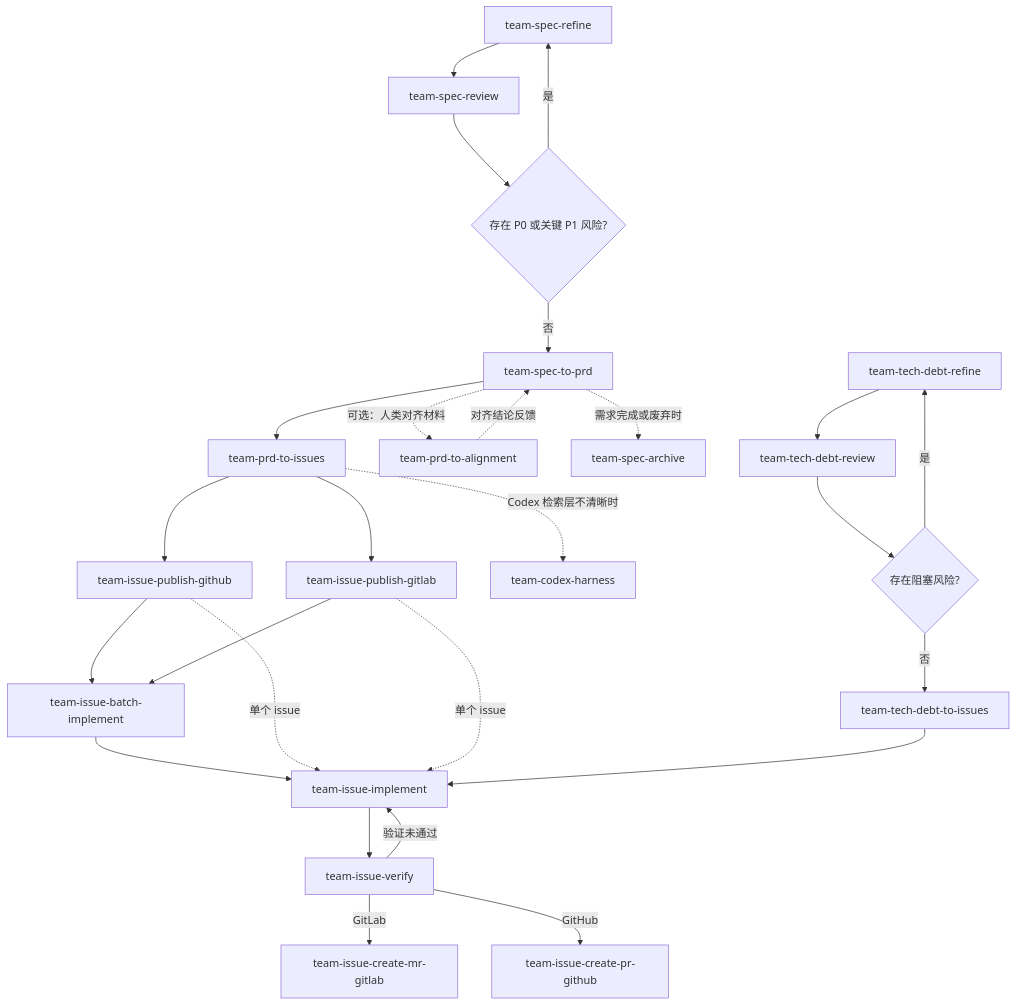
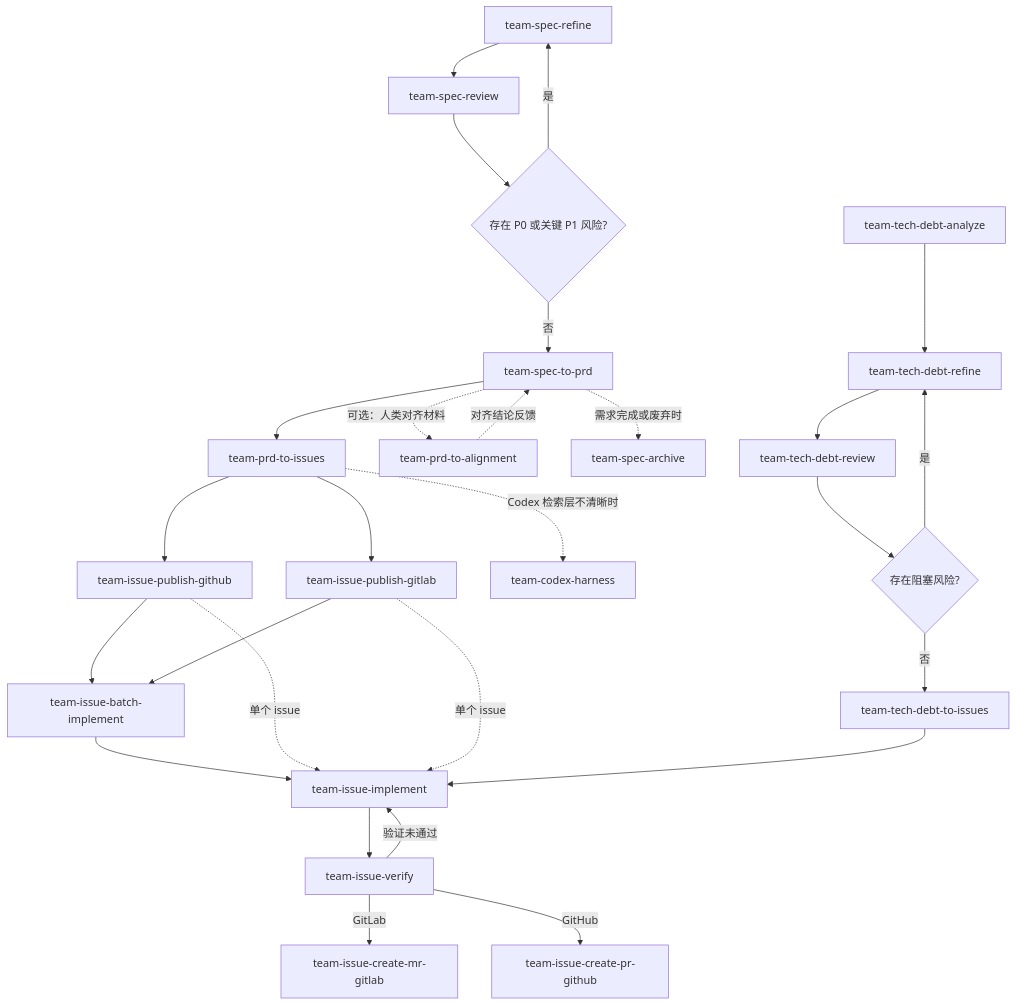
Before and after one commit to coolbeevip/team-ai-skills: the diagram in README.md, drawn with Mermaid. The commit also changed other lines of this file and 2 other files, not shown here.

Commit message:
Add team-tech-debt-analyze

````diff
--- a/README.md
+++ b/README.md
@@ -64,29 +65,30 @@
 ```mermaid
 flowchart TD
     A[team-spec-refine] --> B[team-spec-review]
     B --> C{存在 P0 或关键 P1 风险?}
     C -- 是 --> A
     C -- 否 --> D[team-spec-to-prd]
     D --> F[team-prd-to-issues]
     D -. 可选：人类对齐材料 .-> H[team-prd-to-alignment]
     H -. 对齐结论反馈 .-> D
     F --> N[team-issue-publish-github]
     F --> O[team-issue-publish-gitlab]
     F -. Codex 检索层不清晰时 .-> T[team-codex-harness]
     N --> U[team-issue-batch-implement]
     O --> U
     U --> G[team-issue-implement]
     N -. 单个 issue .-> G
     O -. 单个 issue .-> G
     G --> I[team-issue-verify]
     I -- 验证未通过 --> G
     I -- GitLab --> P[team-issue-create-mr-gitlab]
     I -- GitHub --> Q[team-issue-create-pr-github]
     D -. 需求完成或废弃时 .-> S[team-spec-archive]
 
+    R[team-tech-debt-analyze] --> J[team-tech-debt-refine]
     J[team-tech-debt-refine] --> K[team-tech-debt-review]
     K --> L{存在阻塞风险?}
     L -- 是 --> J
     L -- 否 --> M[team-tech-debt-to-issues]
     M --> G
 ```
````
